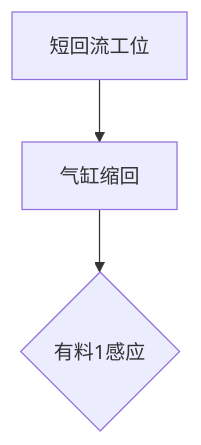
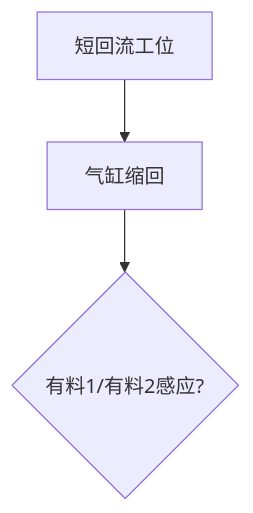
Before and after one commit to zmq000/iodraw-files: the diagram in all/未命名.md, drawn with Mermaid.

Commit message:
2026-06-17 20:57:09 update

````diff
--- a/all/未命名.md
+++ b/all/未命名.md
@@ -1,6 +1,6 @@
 ```mermaid
 graph TD
 0[短回流工位]-->10
 10[气缸缩回]-->20
-20{有料1感应}
+20{有料1/有料2感应?}
 ```
````
